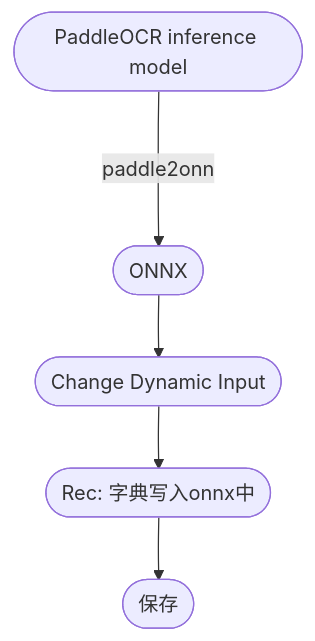
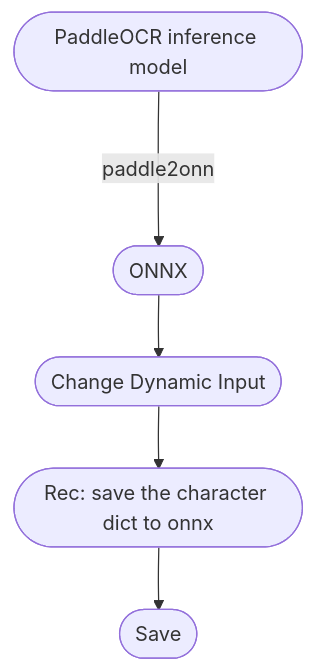
The diagram in README.md (RapidAI/PaddleOCRModelConvert), drawn with Mermaid before and after one commit. The commit also changed other lines of this file and 5 other files, not shown here.

````diff
--- a/README.md
+++ b/README.md
@@ -25,7 +27,7 @@
 ```mermaid
 flowchart TD
 
 A([PaddleOCR inference model]) --paddle2onnx--> B([ONNX])
-B --> C([Change Dynamic Input]) --> D([Rec: 字典写入onnx中])
-D --> E([保存])
+B --> C([Change Dynamic Input]) --> D([Rec: save the character dict to onnx])
+D --> E([Save])
 ```
````
